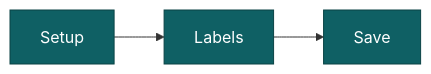
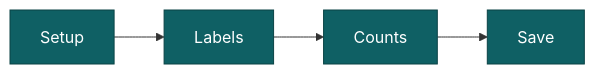
One commit to PetervanLunteren/AddaxAI changed the diagram in docs/docs/guides/analyse-a-folder.mdx. Above: the diagram before and after it, drawn with Mermaid. The commit also changed other lines of this file and 34 other files, not shown here.

````diff
--- a/docs/docs/guides/analyse-a-folder.mdx
+++ b/docs/docs/guides/analyse-a-folder.mdx
@@ -13,6 +13,6 @@
 ```mermaid
 flowchart LR
-  A[Setup] --> B[Labels] --> C[Save]
+  A[Setup] --> B[Labels] --> C[Counts] --> D[Save]
   classDef box fill:#0f6064,stroke:#0a4345,color:#ffffff;
-  class A,B,C box;
+  class A,B,C,D box;
 ```
````
